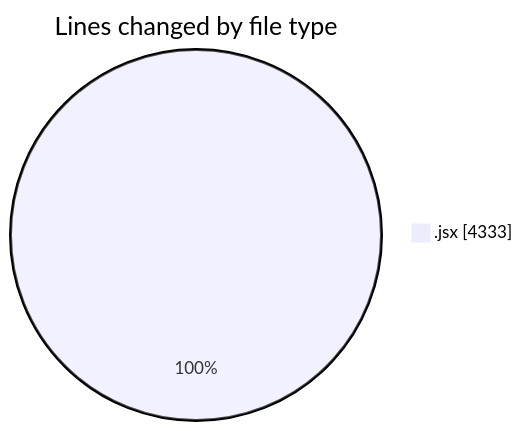
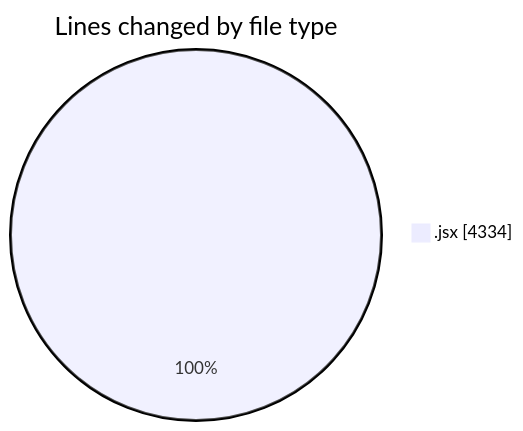
The first of 2 diagrams in 2025-06-02/nxtqube_webapp/README.md (nxtqubesakshisongat/code-tracking), drawn with Mermaid before and after one commit. The commit also changed other lines of this file and 1 other file, not shown here.

````diff
--- a/2025-06-02/nxtqube_webapp/README.md
+++ b/2025-06-02/nxtqube_webapp/README.md
@@ -21,5 +21,5 @@
 ```mermaid
 pie showData
 title Lines changed by file type
-".jsx" : 4333
+".jsx" : 4334
 ```
````
